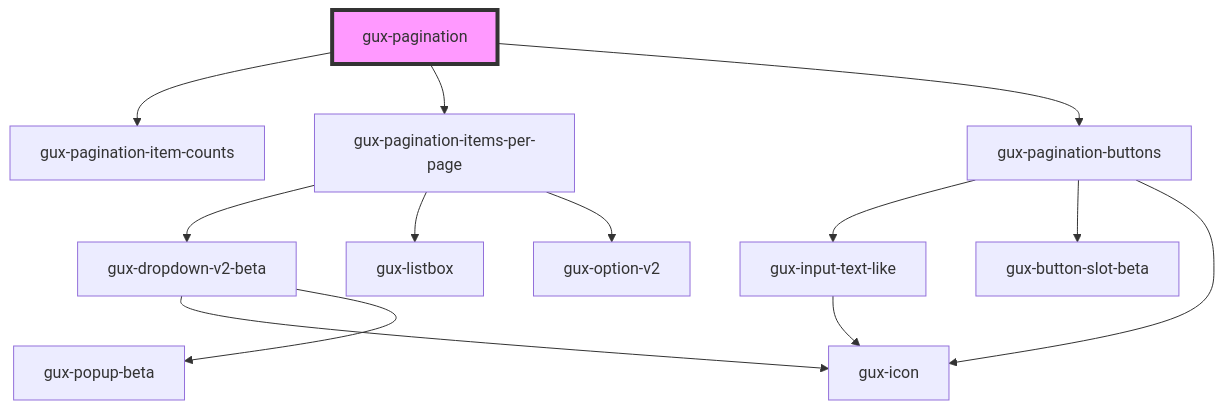
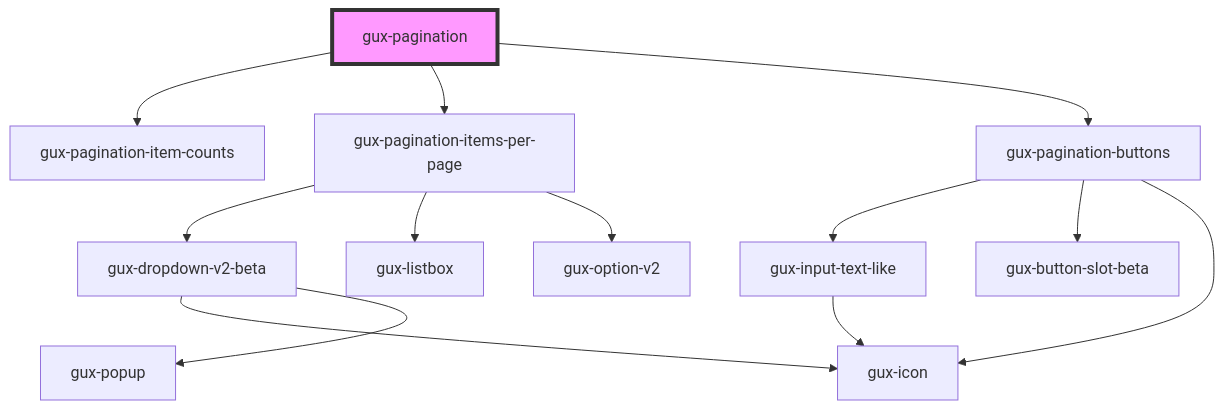
The diagram in src/components/stable/gux-pagination/readme.md (MyPureCloud/genesys-spark), drawn with Mermaid before and after one commit. The commit also changed 21 other files, not shown here.

First line of the commit message:
feat(popup): moved gux-popup to stable

````diff
--- a/src/components/stable/gux-pagination/readme.md
+++ b/src/components/stable/gux-pagination/readme.md
@@ -41,16 +41,16 @@
 ```mermaid
 graph TD;
   gux-pagination --> gux-pagination-item-counts
   gux-pagination --> gux-pagination-items-per-page
   gux-pagination --> gux-pagination-buttons
   gux-pagination-items-per-page --> gux-dropdown-v2-beta
   gux-pagination-items-per-page --> gux-listbox
   gux-pagination-items-per-page --> gux-option-v2
   gux-dropdown-v2-beta --> gux-icon
-  gux-dropdown-v2-beta --> gux-popup-beta
+  gux-dropdown-v2-beta --> gux-popup
   gux-pagination-buttons --> gux-input-text-like
   gux-pagination-buttons --> gux-button-slot-beta
   gux-pagination-buttons --> gux-icon
   gux-input-text-like --> gux-icon
   style gux-pagination fill:#f9f,stroke:#333,stroke-width:4px
 ```
````
